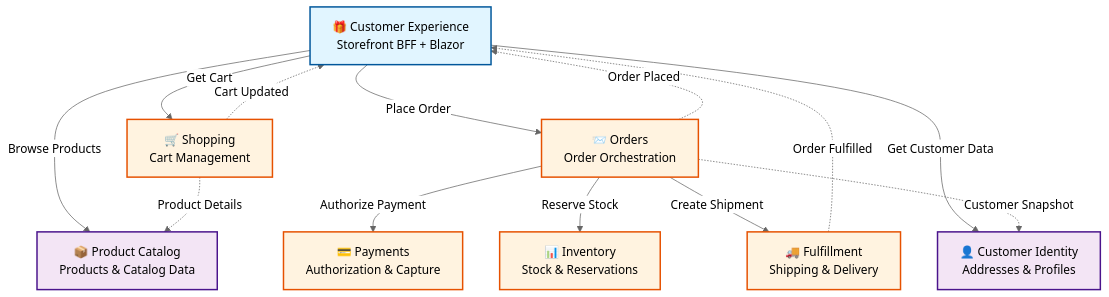
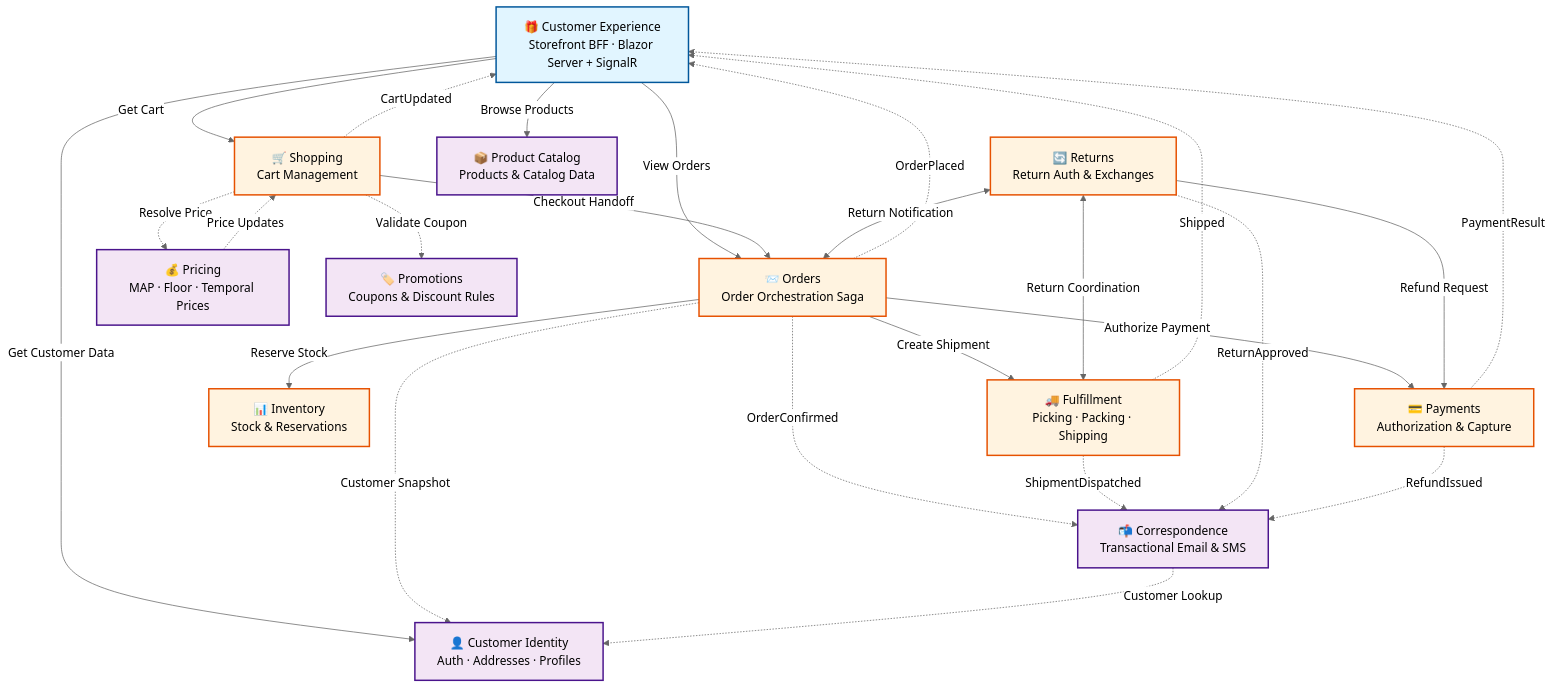
One commit to erikshafer/CritterSupply changed the first of 2 diagrams in README.md. Above: the diagram before and after it, drawn with Mermaid (neutral theme). The commit also changed other lines of this file, not shown here.

````diff
--- a/README.md
+++ b/README.md
@@ -109,44 +117,47 @@
 ```mermaid
 graph TB
-    %% Customer-Facing Layer
-    CE[🎁 Customer Experience<br/>Storefront BFF + Blazor]
-    
-    %% Core Business Contexts
+    CE[🎁 Customer Experience<br/>Storefront BFF · Blazor Server + SignalR]
     Shopping[🛒 Shopping<br/>Cart Management]
-    Orders[📨 Orders<br/>Order Orchestration]
+    Orders[📨 Orders<br/>Order Orchestration Saga]
     Payments[💳 Payments<br/>Authorization & Capture]
     Inventory[📊 Inventory<br/>Stock & Reservations]
-    Fulfillment[🚚 Fulfillment<br/>Shipping & Delivery]
-    
-    %% Supporting Contexts
-    CustomerID[👤 Customer Identity<br/>Addresses & Profiles]
+    Fulfillment[🚚 Fulfillment<br/>Picking · Packing · Shipping]
+    Returns[🔄 Returns<br/>Return Auth & Exchanges]
+    CustomerID[👤 Customer Identity<br/>Auth · Addresses · Profiles]
     Catalog[📦 Product Catalog<br/>Products & Catalog Data]
-    
-    %% Customer Experience interactions
+    Pricing[💰 Pricing<br/>MAP · Floor · Temporal Prices]
+    Promotions[🏷️ Promotions<br/>Coupons & Discount Rules]
+    Correspondence[📬 Correspondence<br/>Transactional Email & SMS]
+
+    CE -->|Browse Products| Catalog
     CE -->|Get Cart| Shopping
-    CE -->|Place Order| Orders
-    CE -->|Browse Products| Catalog
+    CE -->|View Orders| Orders
     CE -->|Get Customer Data| CustomerID
-    
-    %% Order Orchestration (Saga)
+    Shopping -->|Checkout Handoff| Orders
     Orders -->|Authorize Payment| Payments
     Orders -->|Reserve Stock| Inventory
     Orders -->|Create Shipment| Fulfillment
-    
-    %% Data enrichment
-    Shopping -.->|Product Details| Catalog
+    Returns -->|Refund Request| Payments
+    Returns <-->|Return Coordination| Fulfillment
+    Returns <-->|Return Notification| Orders
+    Shopping -.->|Validate Coupon| Promotions
+    Shopping -.->|Resolve Price| Pricing
     Orders -.->|Customer Snapshot| CustomerID
-    
-    %% Real-time notifications
-    Shopping -.->|Cart Updated| CE
-    Orders -.->|Order Placed| CE
-    Fulfillment -.->|Order Fulfilled| CE
-    
+    Pricing -.->|Price Updates| Shopping
+    Shopping -.->|CartUpdated| CE
+    Orders -.->|OrderPlaced| CE
+    Fulfillment -.->|Shipped| CE
+    Payments -.->|PaymentResult| CE
+    Orders -.->|OrderConfirmed| Correspondence
+    Fulfillment -.->|ShipmentDispatched| Correspondence
+    Returns -.->|ReturnApproved| Correspondence
+    Payments -.->|RefundIssued| Correspondence
+    Correspondence -.->|Customer Lookup| CustomerID
+
     classDef bff fill:#e1f5ff,stroke:#01579b,stroke-width:2px
     classDef core fill:#fff3e0,stroke:#e65100,stroke-width:2px
     classDef support fill:#f3e5f5,stroke:#4a148c,stroke-width:2px
-    
     class CE bff
-    class Shopping,Orders,Payments,Inventory,Fulfillment core
-    class CustomerID,Catalog support
+    class Shopping,Orders,Payments,Inventory,Fulfillment,Returns core
+    class CustomerID,Catalog,Pricing,Promotions,Correspondence support
 ```
````
